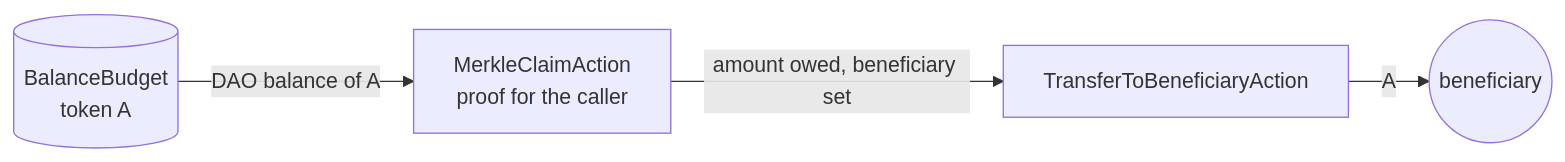
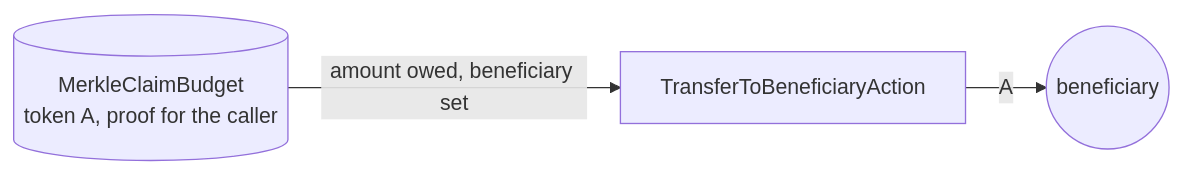
One commit to antfarm-official/tree-capital changed the sixth of 10 diagrams in README.md. Above: the diagram before and after it, drawn with Mermaid. The commit also changed other lines of this file and 1 other file, not shown here.

Commit message:
Document the Merkle claim budget and the take-all rule

````diff
--- a/README.md
+++ b/README.md
@@ -301,11 +304,9 @@
 ```mermaid
 flowchart LR
-    budget[("BalanceBudget<br/>token A")]
-    claim["MerkleClaimAction<br/>proof for the caller"]
+    budget[("MerkleClaimBudget<br/>token A, proof for the caller")]
     pay["TransferToBeneficiaryAction"]
     who(("beneficiary"))
 
-    budget -- "DAO balance of A" --> claim
-    claim -- "amount owed, beneficiary set" --> pay
+    budget -- "amount owed, beneficiary set" --> pay
     pay -- "A" --> who
 ```
````
